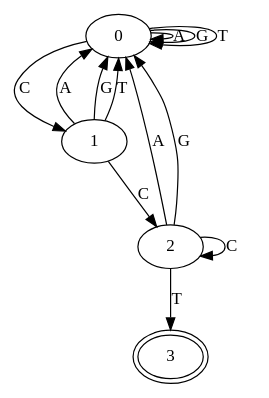
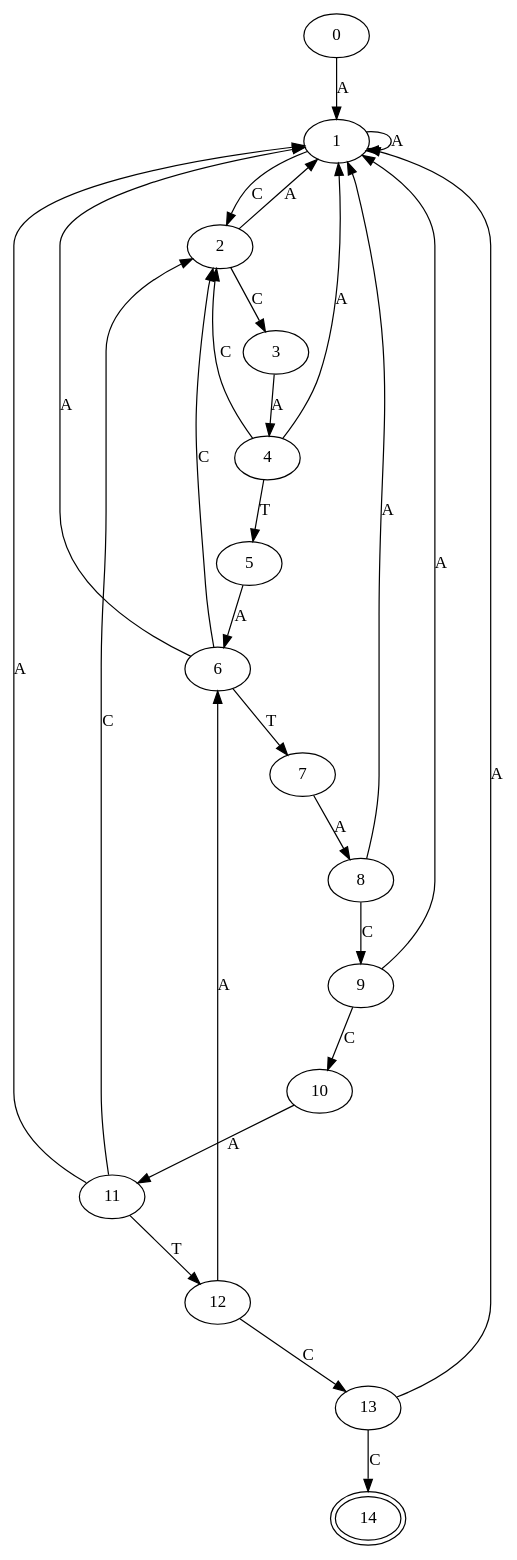
One commit to akira-nair/csci1810-project2 changed the diagram in out.dot. Above: the diagram before and after it, drawn with Graphviz. The commit also changed 6 other files, not shown here.

```diff
--- a/out.dot
+++ b/out.dot
@@ -1,15 +1,29 @@
 digraph dfa {
-	0 -> 1 [label = "C"]
+	0 -> 1 [label = "A"]
 	1 -> 2 [label = "C"]
-	2 -> 3 [label = "T"]
-	0 -> 0 [label = "A"]
-	0 -> 0 [label = "G"]
-	0 -> 0 [label = "T"]
-	1 -> 0 [label = "A"]
-	1 -> 0 [label = "G"]
-	1 -> 0 [label = "T"]
-	2 -> 0 [label = "A"]
-	2 -> 2 [label = "C"]
-	2 -> 0 [label = "G"]
-	3[peripheries = 2]
+	2 -> 3 [label = "C"]
+	3 -> 4 [label = "A"]
+	4 -> 5 [label = "T"]
+	5 -> 6 [label = "A"]
+	6 -> 7 [label = "T"]
+	7 -> 8 [label = "A"]
+	8 -> 9 [label = "C"]
+	9 -> 10 [label = "C"]
+	10 -> 11 [label = "A"]
+	11 -> 12 [label = "T"]
+	12 -> 13 [label = "C"]
+	13 -> 14 [label = "C"]
+	1 -> 1 [label = "A"]
+	2 -> 1 [label = "A"]
+	4 -> 2 [label = "C"]
+	4 -> 1 [label = "A"]
+	6 -> 2 [label = "C"]
+	6 -> 1 [label = "A"]
+	8 -> 1 [label = "A"]
+	9 -> 1 [label = "A"]
+	11 -> 2 [label = "C"]
+	11 -> 1 [label = "A"]
+	12 -> 6 [label = "A"]
+	13 -> 1 [label = "A"]
+	14[peripheries = 2]
 }
```
